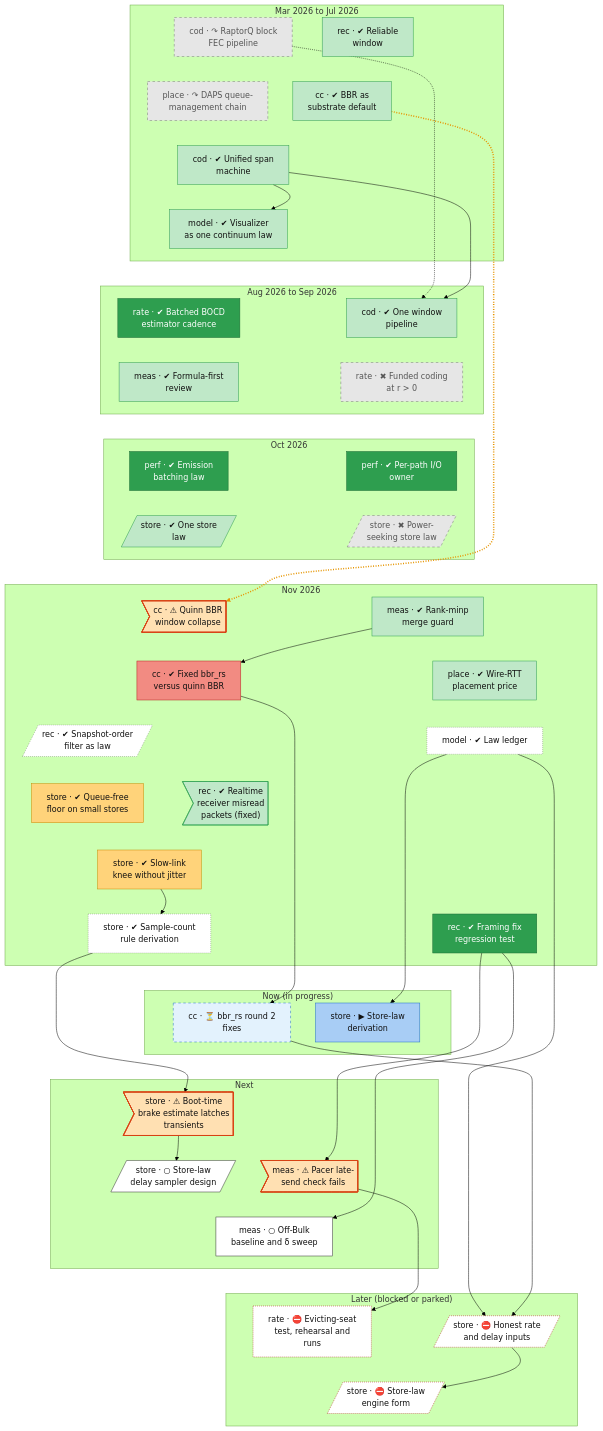
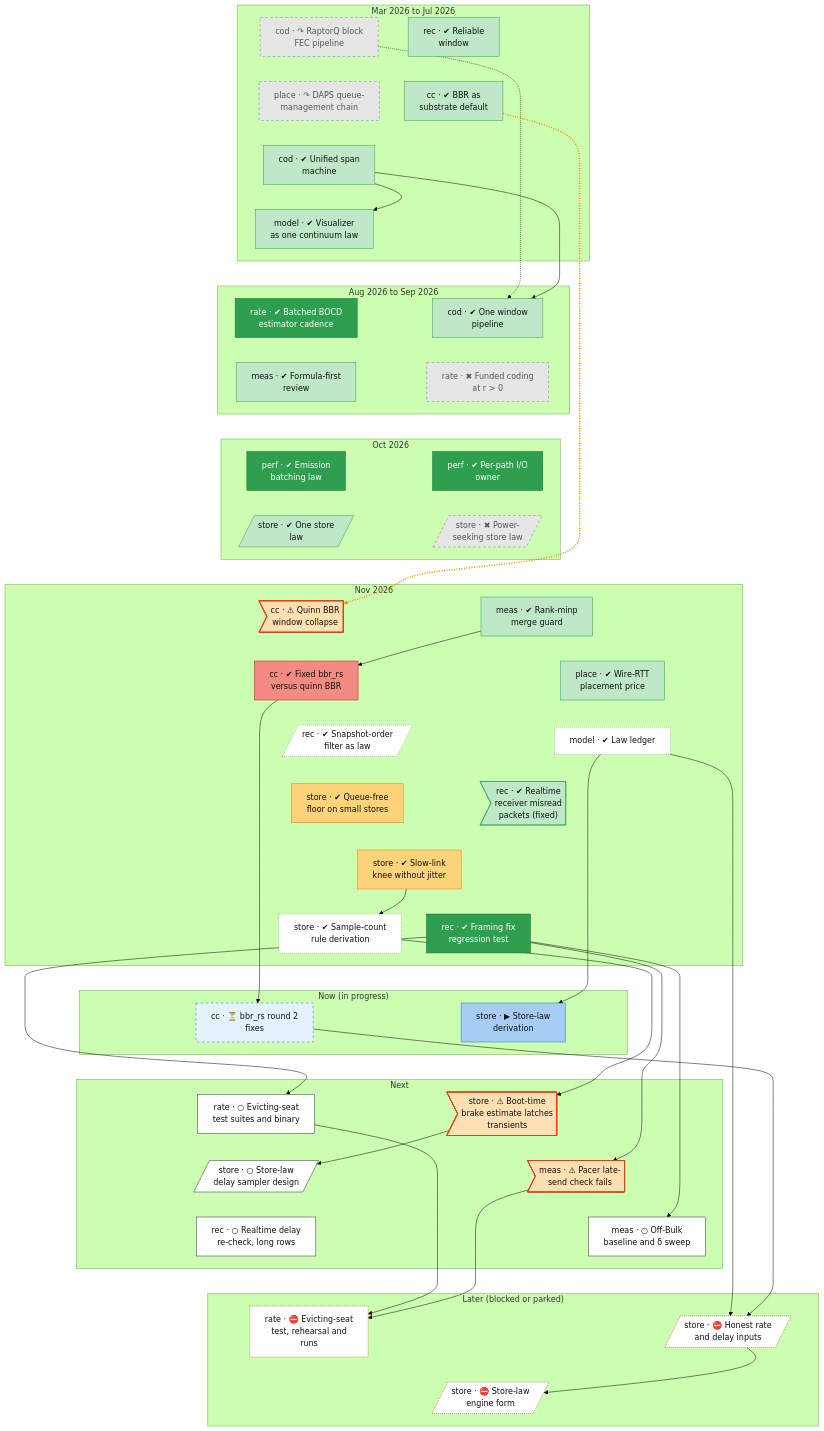
The second of 2 diagrams in docs/roadmap.md (lhns/raptorpath), drawn with Mermaid (forest theme) before and after one commit. The commit also changed other lines of this file and 7 other files, not shown here.

First line of the commit message:
roadmap: next VM step and the delay re-check on the overview, spare-clamp question back to in progress, off-Bulk sweep notes its rebuild; node schema committed; status: the Realtime delay lean read post hoc (no regression shown; in-order delay to re-check on long rows)

````diff
--- a/docs/roadmap.md
+++ b/docs/roadmap.md
@@ -135,9 +135,11 @@
         store_law_derivation["store · ▶ Store-law<br/>derivation"]
     end
     subgraph bd_5["Next"]
+        rate_evict_epre["rate · ○ Evicting-seat<br/>test suites and binary"]
         store_defect_b0p_brake>"store · ⚠ Boot-time<br/>brake estimate latches<br/>transients"]
         store_sampler_design[/"store · ○ Store-law<br/>delay sampler design"/]
         meas_blocke_pacing_gate>"meas · ⚠ Pacer late-<br/>send check fails"]
+        rec_realtime_delay_recheck["rec · ○ Realtime delay<br/>re-check, long rows"]
         meas_s51_session["meas · ○ Off-Bulk<br/>baseline and δ sweep"]
     end
     subgraph bd_6["Later (blocked or parked)"]
@@ -172,13 +174,13 @@
     store_s62_j0 ~~~ rec_f2_merge_guard
     store_count_rule ~~~ cc_bbrrs_r2
     rec_f2_merge_guard ~~~ store_law_derivation
-    cc_bbrrs_r2 ~~~ store_defect_b0p_brake
+    cc_bbrrs_r2 ~~~ rate_evict_epre
     store_law_derivation ~~~ store_defect_b0p_brake
-    store_defect_b0p_brake ~~~ store_sampler_design
+    rate_evict_epre ~~~ store_sampler_design
     store_defect_b0p_brake ~~~ meas_blocke_pacing_gate
-    store_sampler_design ~~~ meas_s51_session
+    store_sampler_design ~~~ rec_realtime_delay_recheck
     meas_blocke_pacing_gate ~~~ meas_s51_session
-    meas_s51_session ~~~ rate_evict_session
+    rec_realtime_delay_recheck ~~~ rate_evict_session
     meas_s51_session ~~~ store_fix_maxbw_minrtt
     rate_evict_session ~~~ store_engine_form_impl
     store_fix_maxbw_minrtt ~~~ store_engine_form_impl
@@ -190,10 +192,12 @@
     store_s62_j0 --> store_count_rule
     cc_bbrrs_r1 --> cc_bbrrs_r2
     model_law_ledger --> store_law_derivation
+    rec_f2_merge_guard --> rate_evict_epre
     store_count_rule --> store_defect_b0p_brake
     store_defect_b0p_brake --> store_sampler_design
     rec_f2_merge_guard --> meas_blocke_pacing_gate
     rec_f2_merge_guard --> meas_s51_session
+    rate_evict_epre --> rate_evict_session
     meas_blocke_pacing_gate --> rate_evict_session
     model_law_ledger --> store_fix_maxbw_minrtt
     cc_bbrrs_r2 --> store_fix_maxbw_minrtt
@@ -216,11 +220,11 @@
     class cod_unified_span,cod_one_pipeline,rec_reliable_window,store_adr72_one_law,rec_defect_realtime_framing,place_wire_price,cc_bbr_default,meas_formula_first,meas_guard_41c,model_vis_continuum succ
     class rec_snapver_law,store_count_rule,model_law_ledger unrated
     class rate_est_cadence,rec_f2_merge_guard,perf_emit_batch_law0,perf_io_owner vsucc
+    class rate_evict_epre,store_sampler_design,rec_realtime_delay_recheck,meas_s51_session next
     class rate_evict_session,store_engine_form_impl,store_fix_maxbw_minrtt blocked
     class store_law_derivation inprog
     class store_s60a,store_s62_j0 mixed
     class store_defect_b0p_brake,meas_blocke_pacing_gate,cc_quinn_bbr_collapse defect
-    class store_sampler_design,meas_s51_session next
     class cc_bbrrs_r1 bad
     class cc_bbrrs_r2 waiting
 ```
````
